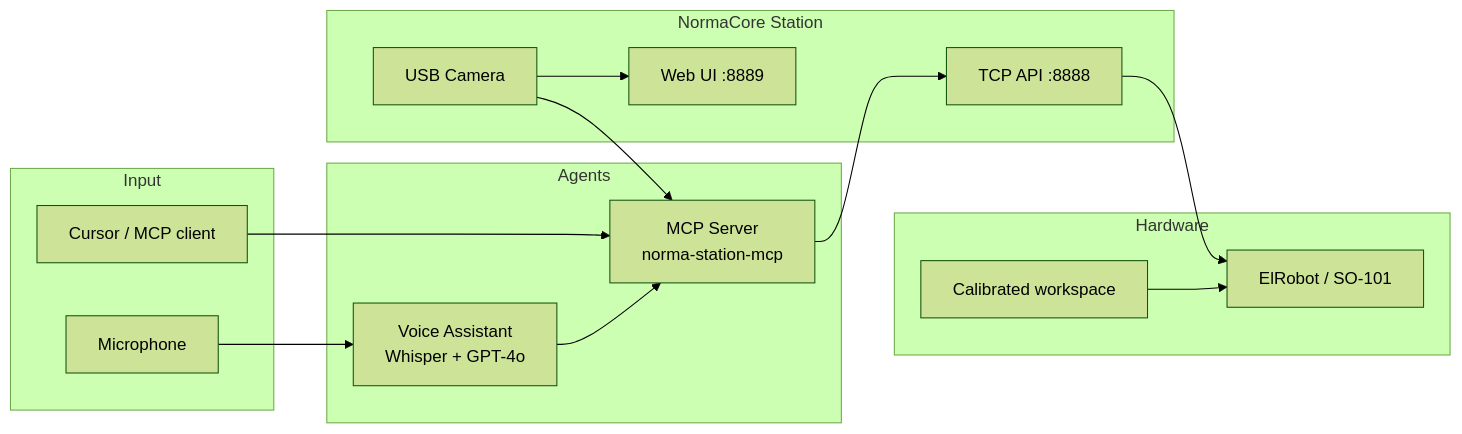
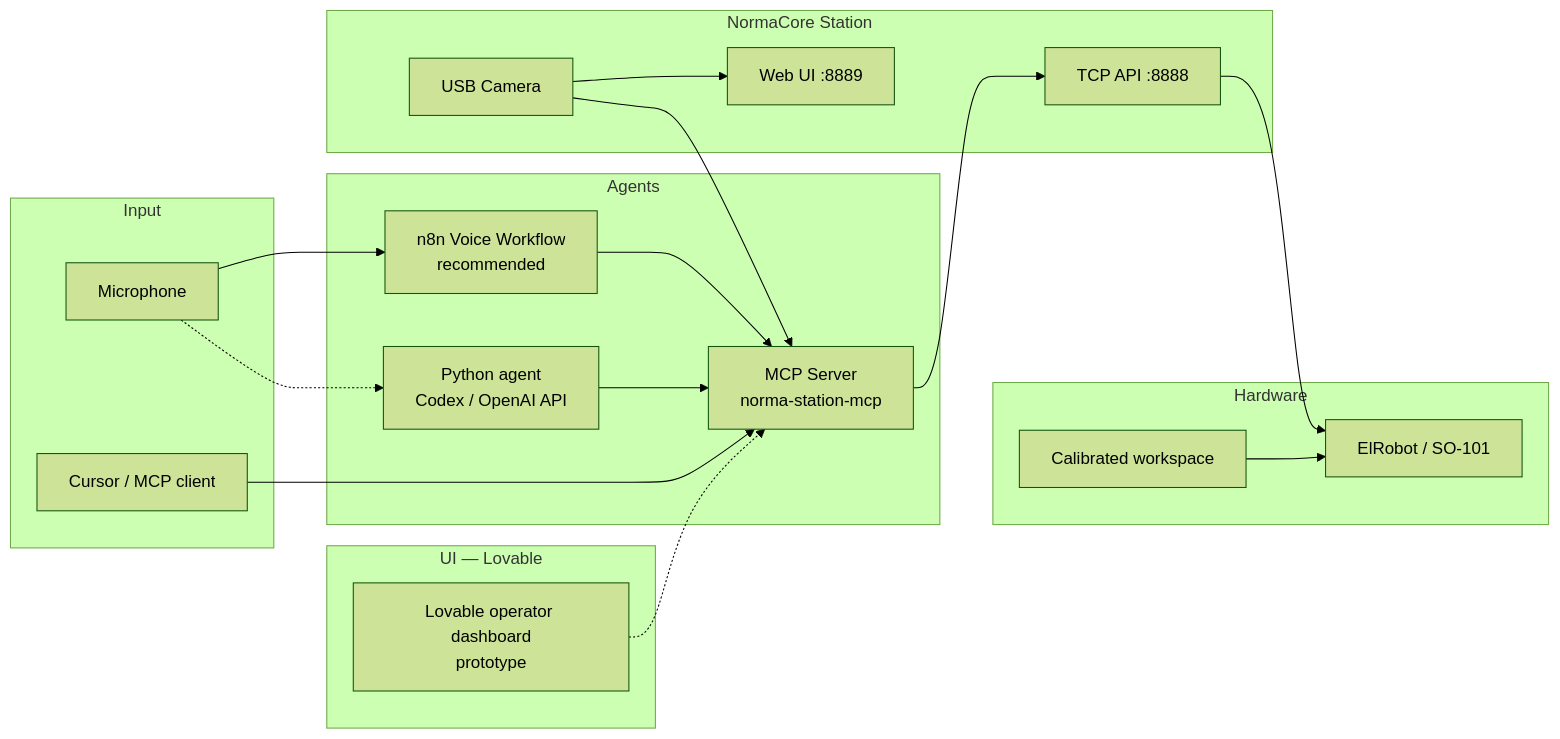
The diagram in README.md (amirrezaalasti/norma-core-berlin-hackathon), drawn with Mermaid (forest theme) before and after one commit. The commit also changed other lines of this file and 6 other files, not shown here.

First line of the commit message:
Enhance README and voice assistant documentation for clarity and functionality

````diff
--- a/README.md
+++ b/README.md
@@ -22,32 +37,40 @@
 ```mermaid
 flowchart LR
   subgraph inputs [Input]
     Voice[Microphone]
     Cursor[Cursor / MCP client]
   end
 
   subgraph agents [Agents]
-    VA[Voice Assistant<br/>Whisper + GPT-4o]
+    N8N[n8n Voice Workflow<br/>recommended]
+    VA[Python agent<br/>Codex / OpenAI API]
     MCP[MCP Server<br/>norma-station-mcp]
   end
 
   subgraph station [NormaCore Station]
     TCP[TCP API :8888]
     UI[Web UI :8889]
     Cam[USB Camera]
   end
 
+  subgraph ui_proto [UI — Lovable]
+    Lovable[Lovable operator dashboard<br/>prototype]
+  end
+
   subgraph robot [Hardware]
     Arm[ElRobot / SO-101]
     Board[Calibrated workspace]
   end
 
-  Voice --> VA
+  Voice --> N8N
+  Voice -.-> VA
+  N8N --> MCP
+  VA --> MCP
   Cursor --> MCP
-  VA --> MCP
   MCP --> TCP
   TCP --> Arm
   Cam --> UI
   Cam --> MCP
+  Lovable -.-> MCP
   Board --> Arm
 ```
````
